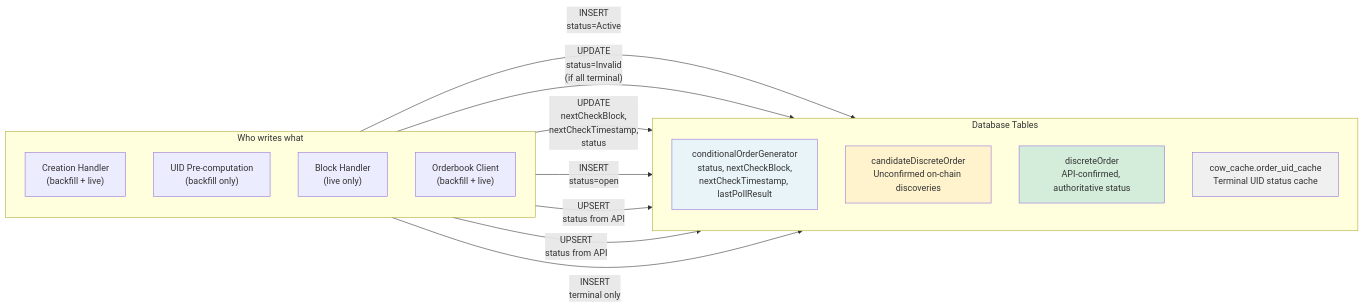
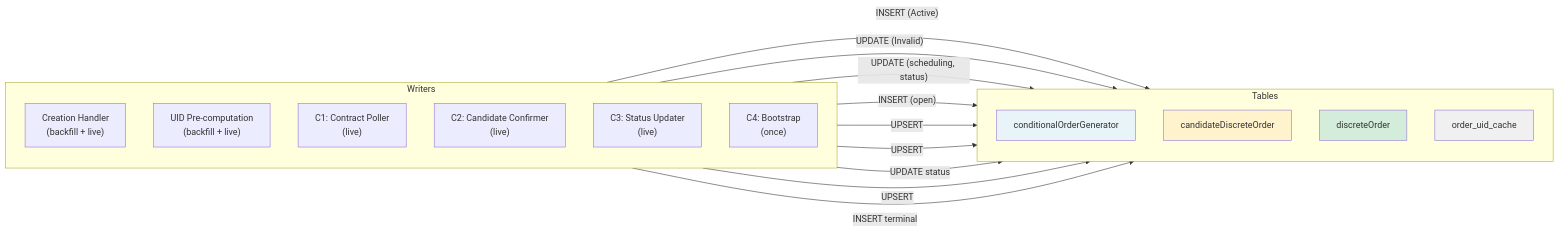
Before and after one commit to bleu/cow-programmatic-orders-api: the seventh of 7 diagrams in agent_docs/m3-orderbook-integration-flow.md, drawn with Mermaid. The commit also changed other lines of this file, not shown here.

Commit message:
chore: rewritten flow doc with the new architecture

````diff
--- a/agent_docs/m3-orderbook-integration-flow.md
+++ b/agent_docs/m3-orderbook-integration-flow.md
@@ -725,34 +596,38 @@
 ```mermaid
 flowchart LR
-    subgraph Writers["Who writes what"]
+    subgraph Writers
         direction TB
-        W1["Creation Handler<br/>(backfill + live)"]
-        W2["UID Pre-computation<br/>(backfill only)"]
-        W3["Block Handler<br/>(live only)"]
-        W4["Orderbook Client<br/>(backfill + live)"]
+        A["Creation Handler<br/>(backfill + live)"]
+        B["UID Pre-computation<br/>(backfill + live)"]
+        C1["C1: Contract Poller<br/>(live)"]
+        C2["C2: Candidate Confirmer<br/>(live)"]
+        C3["C3: Status Updater<br/>(live)"]
+        C4["C4: Bootstrap<br/>(once)"]
     end
 
-    subgraph Tables["Database Tables"]
+    subgraph Tables
         direction TB
-        Gen["conditionalOrderGenerator<br/>status, nextCheckBlock,<br/>nextCheckTimestamp, lastPollResult"]
-        Cand["candidateDiscreteOrder<br/>Unconfirmed on-chain discoveries"]
-        Disc["discreteOrder<br/>API-confirmed, authoritative status"]
-        Cache["cow_cache.order_uid_cache<br/>Terminal UID status cache"]
+        Gen["conditionalOrderGenerator"]
+        Cand["candidateDiscreteOrder"]
+        Disc["discreteOrder"]
+        Cache["order_uid_cache"]
     end
 
-    W1 -->|"INSERT<br/>status=Active"| Gen
-    W2 -->|"UPDATE<br/>status=Invalid<br/>(if all terminal)"| Gen
-    W3 -->|"UPDATE<br/>nextCheckBlock,<br/>nextCheckTimestamp,<br/>status"| Gen
+    A -->|"INSERT (Active)"| Gen
+    B -->|"UPDATE (Invalid)"| Gen
+    C1 -->|"UPDATE (scheduling, status)"| Gen
 
-    W3 -->|"INSERT<br/>status=open"| Cand
+    C1 -->|"INSERT (open)"| Cand
 
-    W2 -->|"UPSERT<br/>status from API"| Disc
-    W4 -->|"UPSERT<br/>status from API"| Disc
+    B -->|"UPSERT"| Disc
+    C2 -->|"UPSERT"| Disc
+    C3 -->|"UPDATE status"| Disc
+    C4 -->|"UPSERT"| Disc
 
-    W4 -->|"INSERT<br/>terminal only"| Cache
+    C3 -->|"INSERT terminal"| Cache
 
     style Gen fill:#e8f4f8
     style Disc fill:#d4edda
     style Cand fill:#fff3cd
     style Cache fill:#f0f0f0
 ```
````
